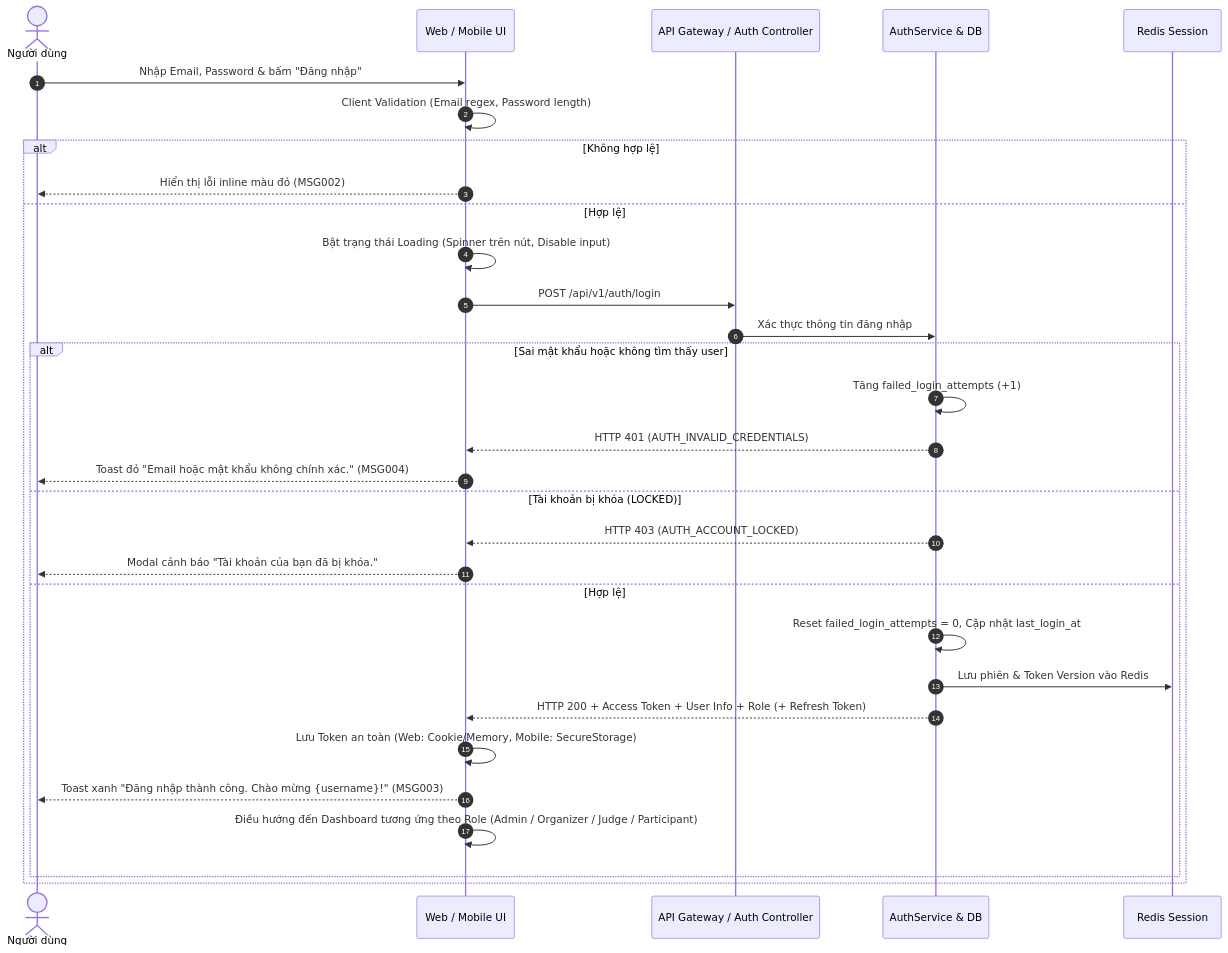
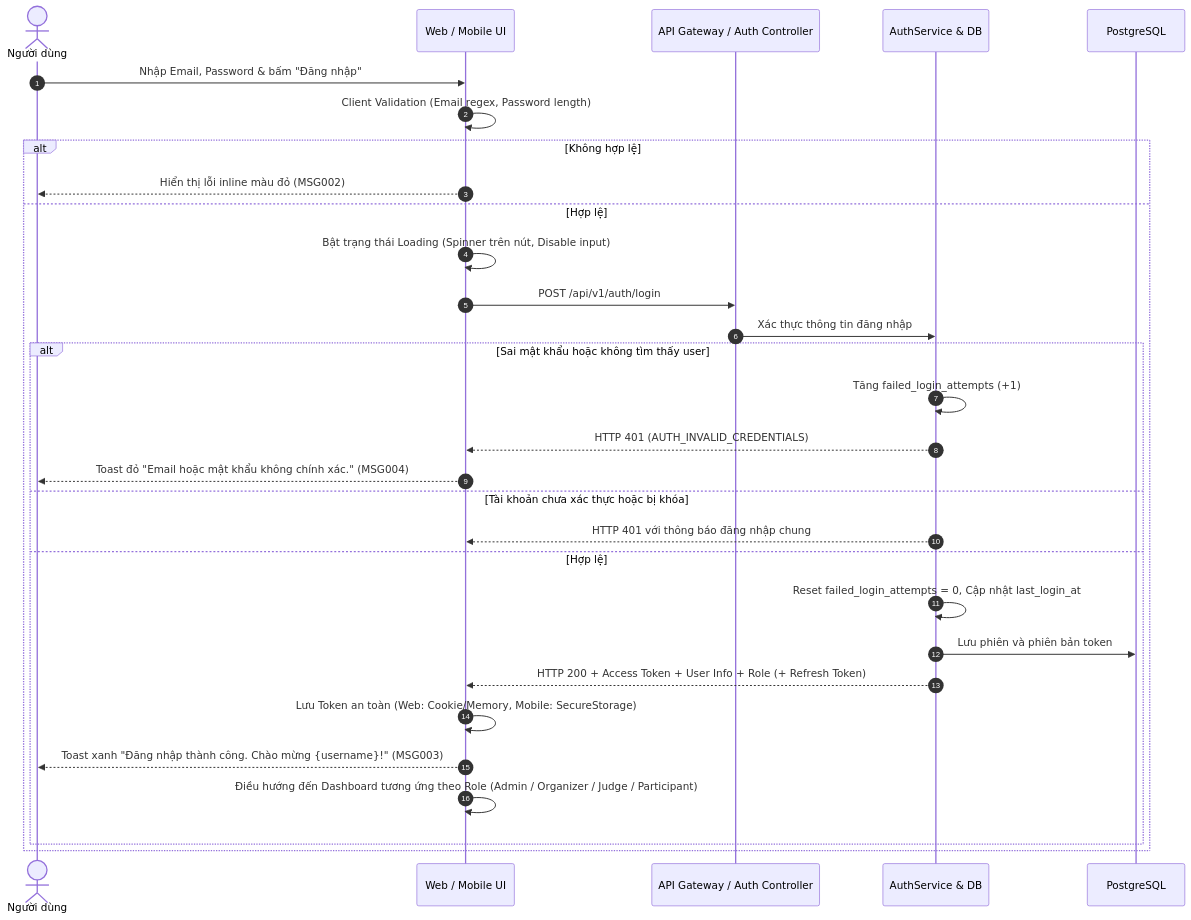
The second of 2 diagrams in docs/ai/01-auth-and-rbac.md (hnamhocit/cnpm_110), drawn with Mermaid before and after one commit. The commit also changed other lines of this file and 34 other files, not shown here.

````diff
--- a/docs/ai/01-auth-and-rbac.md
+++ b/docs/ai/01-auth-and-rbac.md
@@ -899,34 +304,33 @@
 ```mermaid
 sequenceDiagram
     autonumber
     actor User as Người dùng
     participant App as Web / Mobile UI
     participant Gateway as API Gateway / Auth Controller
     participant Service as AuthService & DB
-    participant Cache as Redis Session
+    participant Session as PostgreSQL
 
     User->>App: Nhập Email, Password & bấm "Đăng nhập"
     App->>App: Client Validation (Email regex, Password length)
     alt Không hợp lệ
         App-->>User: Hiển thị lỗi inline màu đỏ (MSG002)
     else Hợp lệ
         App->>App: Bật trạng thái Loading (Spinner trên nút, Disable input)
         App->>Gateway: POST /api/v1/auth/login
         Gateway->>Service: Xác thực thông tin đăng nhập
         alt Sai mật khẩu hoặc không tìm thấy user
             Service->>Service: Tăng failed_login_attempts (+1)
             Service-->>App: HTTP 401 (AUTH_INVALID_CREDENTIALS)
             App-->>User: Toast đỏ "Email hoặc mật khẩu không chính xác." (MSG004)
-        else Tài khoản bị khóa (LOCKED)
-            Service-->>App: HTTP 403 (AUTH_ACCOUNT_LOCKED)
-            App-->>User: Modal cảnh báo "Tài khoản của bạn đã bị khóa."
+        else Tài khoản chưa xác thực hoặc bị khóa
+            Service-->>App: HTTP 401 với thông báo đăng nhập chung
         else Hợp lệ
             Service->>Service: Reset failed_login_attempts = 0, Cập nhật last_login_at
-            Service->>Cache: Lưu phiên & Token Version vào Redis
+            Service->>Session: Lưu phiên và phiên bản token
             Service-->>App: HTTP 200 + Access Token + User Info + Role (+ Refresh Token)
             App->>App: Lưu Token an toàn (Web: Cookie/Memory, Mobile: SecureStorage)
             App-->>User: Toast xanh "Đăng nhập thành công. Chào mừng {username}!" (MSG003)
             App->>App: Điều hướng đến Dashboard tương ứng theo Role (Admin / Organizer / Judge / Participant)
         end
     end
 ```
````
